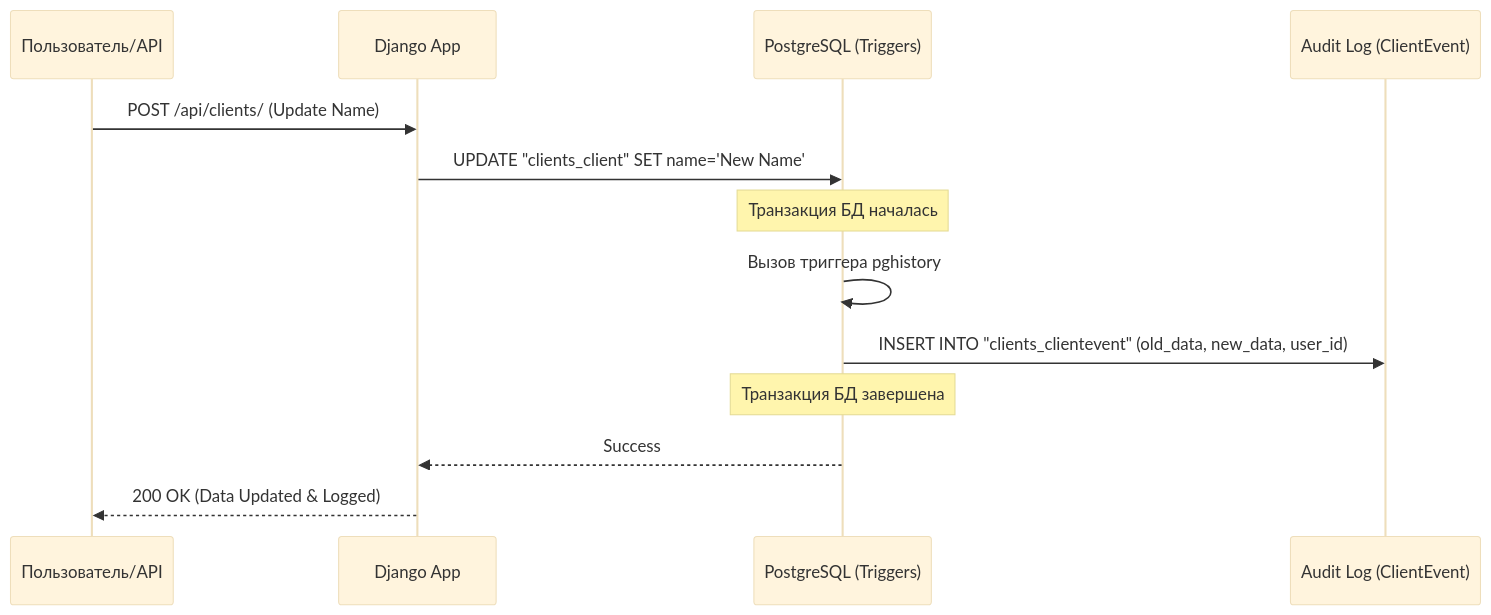
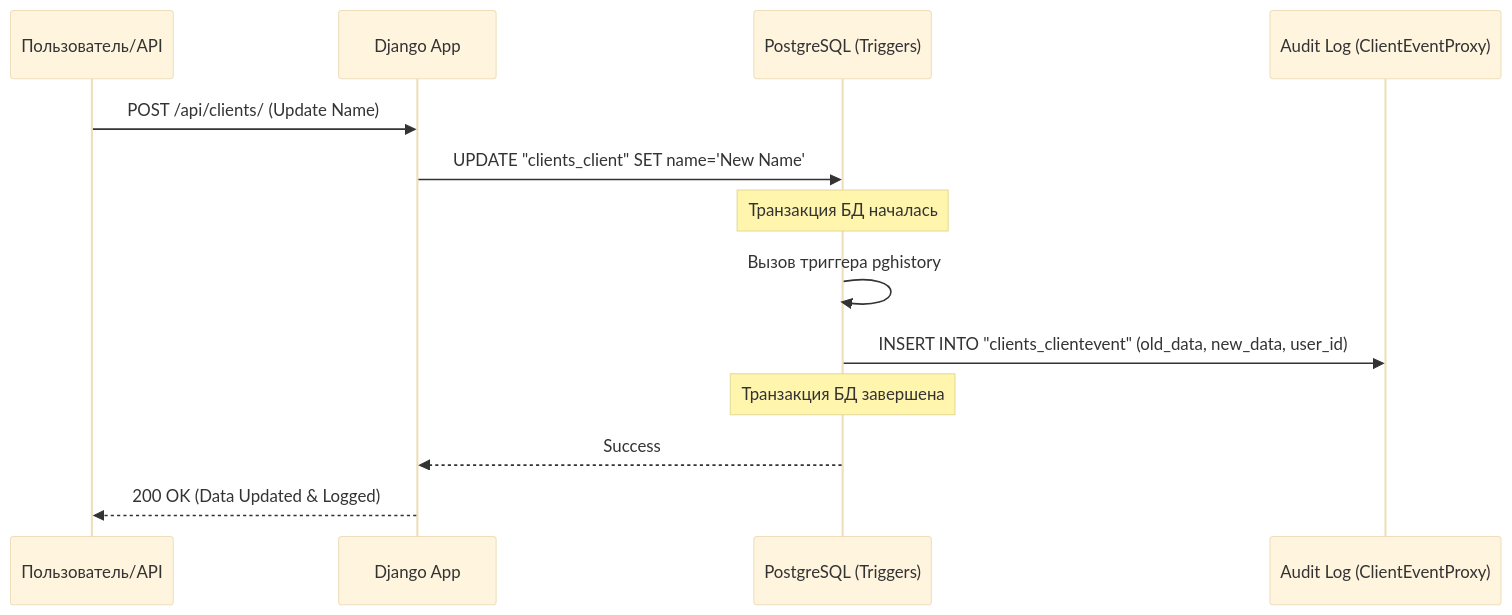
Before and after one commit to Nicksok2413/Kronon: the second of 4 diagrams in README.md, drawn with Mermaid (base theme). The commit also changed other lines of this file and 7 other files, not shown here.

````diff
--- a/README.md
+++ b/README.md
@@ -110,18 +110,18 @@
 ```mermaid
 sequenceDiagram
     participant User as Пользователь/API
     participant Django as Django App
     participant DB as PostgreSQL (Triggers)
-    participant History as Audit Log (ClientEvent)
+    participant History as Audit Log (ClientEventProxy)
 
     User->>Django: POST /api/clients/ (Update Name)
     Django->>DB: UPDATE "clients_client" SET name='New Name'
 
     Note over DB: Транзакция БД началась
     DB->>DB: Вызов триггера pghistory
     DB->>History: INSERT INTO "clients_clientevent" (old_data, new_data, user_id)
     Note over DB: Транзакция БД завершена
 
     DB-->>Django: Success
     Django-->>User: 200 OK (Data Updated & Logged)
 ```
````
